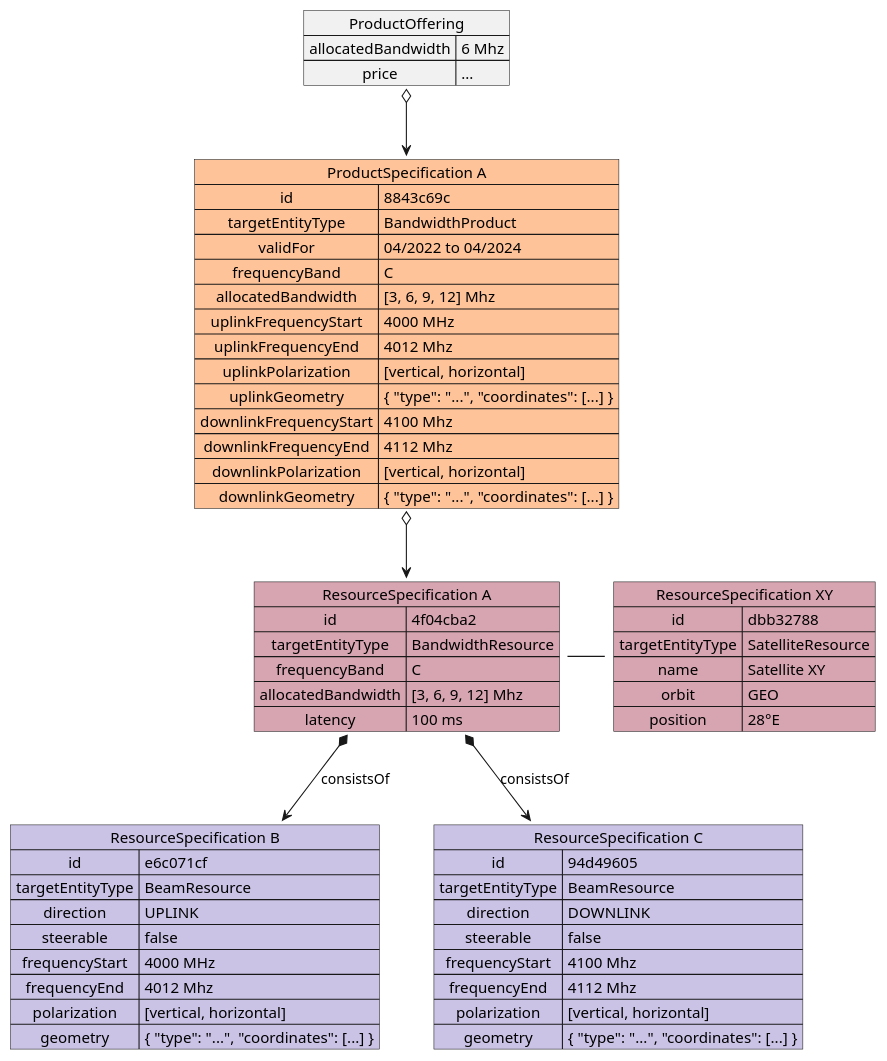
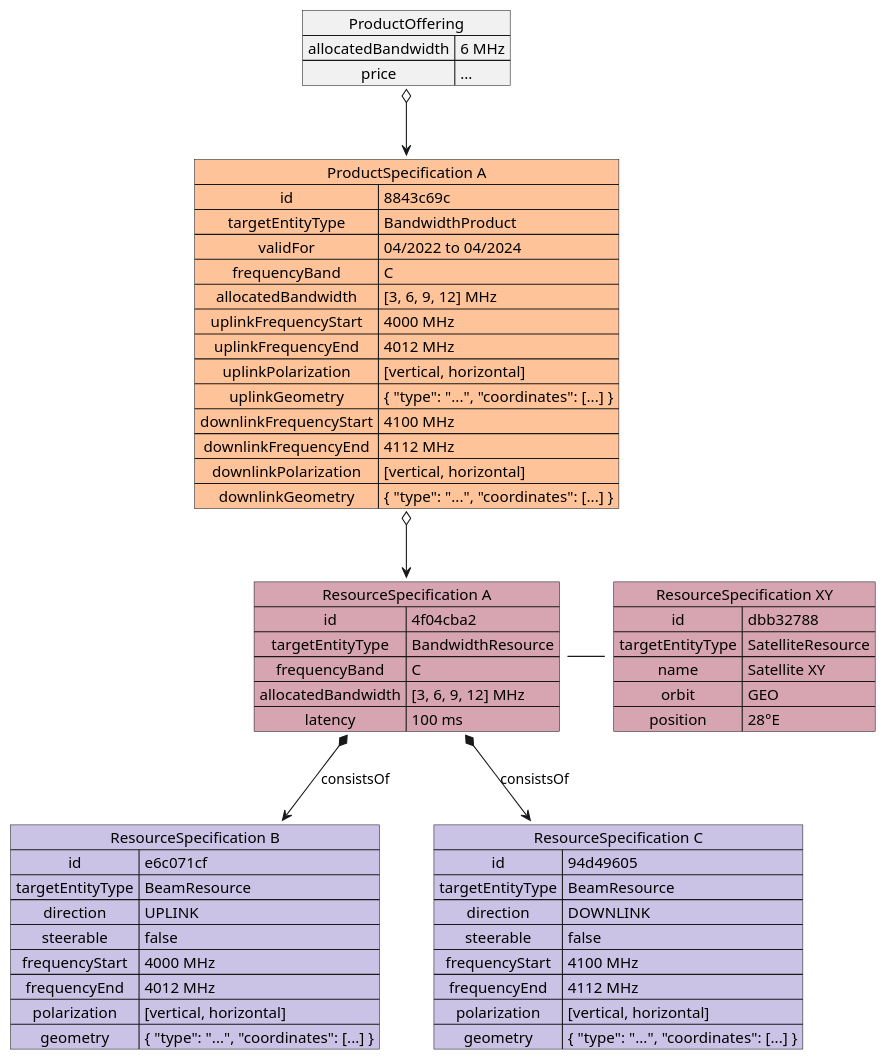
Before and after one commit to psi-consortium/psi: the second of 12 diagrams in doc/PSI/PSI-ICD/characteristics.md, drawn with PlantUML. The commit also changed other lines of this file and 926 other files, not shown here.

````diff
--- a/doc/PSI/PSI-ICD/characteristics.md
+++ b/doc/PSI/PSI-ICD/characteristics.md
@@ -64,62 +64,62 @@
 ```plantuml
 @startuml
 map "ProductOffering" as offering1 {
-    allocatedBandwidth => 6 Mhz
+    allocatedBandwidth => 6 MHz
     price => ...
 }
 map "ProductSpecification A" as prodA #ffc399 {
     id => 8843c69c
     targetEntityType => BandwidthProduct
     validFor => 04/2022 to 04/2024
     frequencyBand => C
-    allocatedBandwidth => [3, 6, 9, 12] Mhz
+    allocatedBandwidth => [3, 6, 9, 12] MHz
     uplinkFrequencyStart => 4000 MHz
-    uplinkFrequencyEnd => 4012 Mhz
+    uplinkFrequencyEnd => 4012 MHz
     uplinkPolarization => [vertical, horizontal]
     uplinkGeometry => { "type": "...", "coordinates": [...] }
-    downlinkFrequencyStart => 4100 Mhz
-    downlinkFrequencyEnd => 4112 Mhz
+    downlinkFrequencyStart => 4100 MHz
+    downlinkFrequencyEnd => 4112 MHz
     downlinkPolarization => [vertical, horizontal]
     downlinkGeometry => { "type": "...", "coordinates": [...] }
 }
 map "ResourceSpecification A" as spec1 #d6a5b1 {
     id => 4f04cba2
     targetEntityType => BandwidthResource
     frequencyBand => C
-    allocatedBandwidth => [3, 6, 9, 12] Mhz
+    allocatedBandwidth => [3, 6, 9, 12] MHz
     latency => 100 ms
 }
 map "ResourceSpecification B" as f1 #cbc3e6 {
     id => e6c071cf
     targetEntityType => BeamResource
     direction => UPLINK
     steerable => false
     frequencyStart => 4000 MHz
-    frequencyEnd => 4012 Mhz
+    frequencyEnd => 4012 MHz
     polarization => [vertical, horizontal]
     geometry => { "type": "...", "coordinates": [...] }
 }
 map "ResourceSpecification C" as f2 #cbc3e6 {
     id => 94d49605
     targetEntityType => BeamResource
     direction => DOWNLINK
     steerable => false
-    frequencyStart => 4100 Mhz
-    frequencyEnd => 4112 Mhz
+    frequencyStart => 4100 MHz
+    frequencyEnd => 4112 MHz
     polarization => [vertical, horizontal]
     geometry => { "type": "...", "coordinates": [...] }
 }
 map "ResourceSpecification XY" as sat #d6a5b1 {
     id => dbb32788
     targetEntityType => SatelliteResource
     name => Satellite XY
     orbit => GEO
     position => 28°E
 }
 offering1 o--> prodA
 prodA o--> spec1
 spec1 *--> f1 : consistsOf
 spec1 *--> f2 : consistsOf
 spec1 - sat
 @enduml
 ```
````
